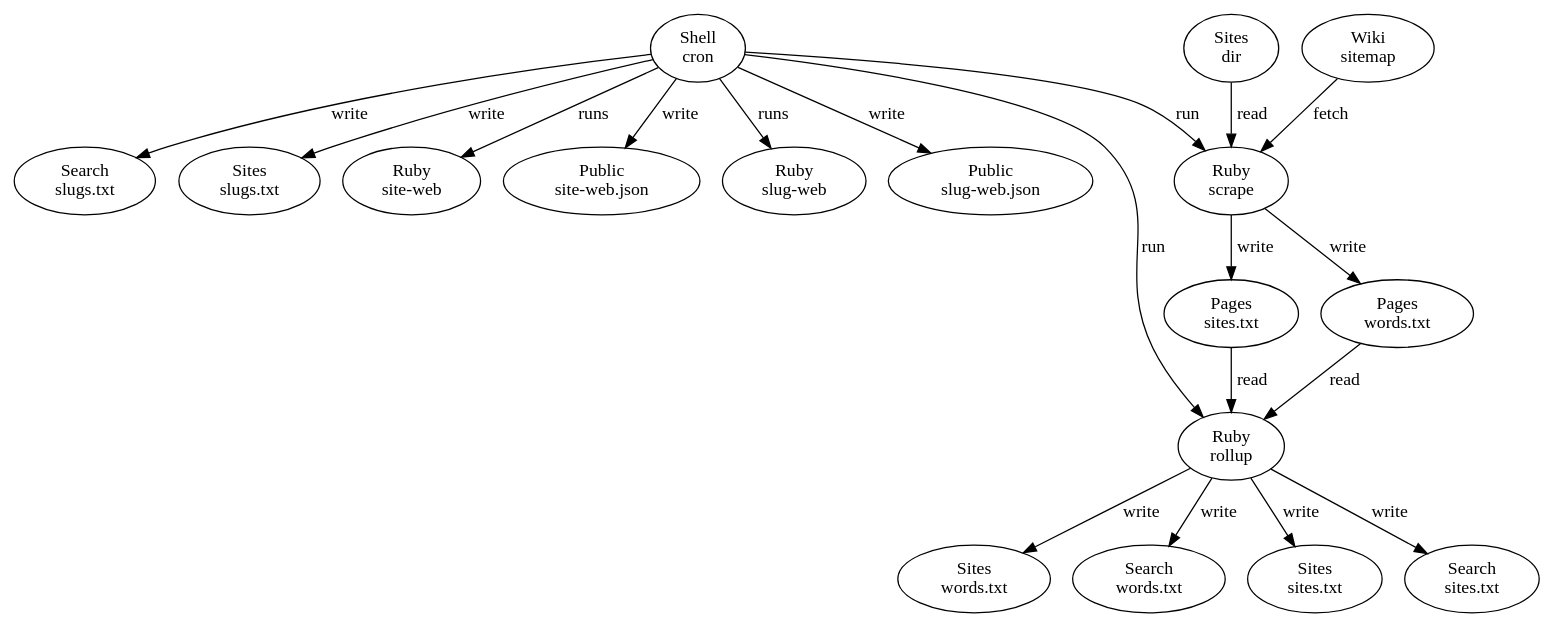
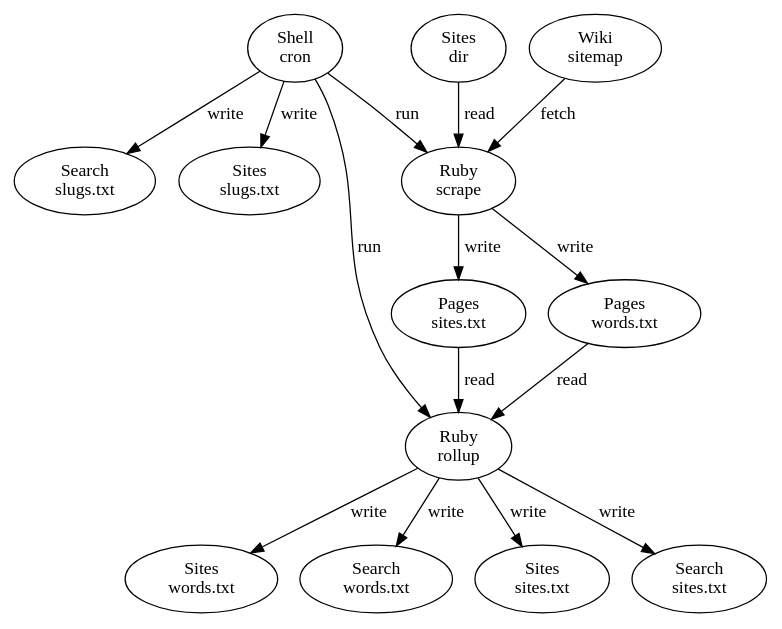
The diagram in graphs/Index.dot (WardCunningham/search), drawn with Graphviz before and after one commit. The commit also changed 4 other files, not shown here.

Commit message:
Automatic Graph Update

```diff
--- a/graphs/Index.dot
+++ b/graphs/Index.dot
@@ -1,37 +1,29 @@
 digraph {
 0 [label="Shell\ncron"]
 1 [label="Ruby\nscrape"]
 2 [label="Ruby\nrollup"]
 3 [label="Search\nslugs.txt"]
 4 [label="Sites\nslugs.txt"]
-5 [label="Ruby\nsite-web"]
-6 [label="Public\nsite-web.json"]
-7 [label="Ruby\nslug-web"]
-8 [label="Public\nslug-web.json"]
-9 [label="Pages\nwords.txt"]
-10 [label="Pages\nsites.txt"]
-11 [label="Sites\nwords.txt"]
-12 [label="Search\nwords.txt"]
-13 [label="Sites\nsites.txt"]
-14 [label="Search\nsites.txt"]
-15 [label="Sites\ndir"]
-16 [label="Wiki\nsitemap"]
+5 [label="Pages\nwords.txt"]
+6 [label="Pages\nsites.txt"]
+7 [label="Sites\nwords.txt"]
+8 [label="Search\nwords.txt"]
+9 [label="Sites\nsites.txt"]
+10 [label="Search\nsites.txt"]
+11 [label="Sites\ndir"]
+12 [label="Wiki\nsitemap"]
 0 -> 1 [label="run"]
 0 -> 2 [label="run"]
 0 -> 3 [label="write"]
 0 -> 4 [label="write"]
-0 -> 5 [label="runs"]
-0 -> 6 [label="write"]
-0 -> 7 [label="runs"]
-0 -> 8 [label="write"]
-9 -> 2 [label="read"]
-10 -> 2 [label="read"]
-2 -> 11 [label="write"]
-2 -> 12 [label="write"]
-2 -> 13 [label="write"]
-2 -> 14 [label="write"]
-15 -> 1 [label="read"]
-16 -> 1 [label="fetch"]
-1 -> 9 [label="write"]
-1 -> 10 [label="write"]
+5 -> 2 [label="read"]
+6 -> 2 [label="read"]
+2 -> 7 [label="write"]
+2 -> 8 [label="write"]
+2 -> 9 [label="write"]
+2 -> 10 [label="write"]
+11 -> 1 [label="read"]
+12 -> 1 [label="fetch"]
+1 -> 5 [label="write"]
+1 -> 6 [label="write"]
 }
```
